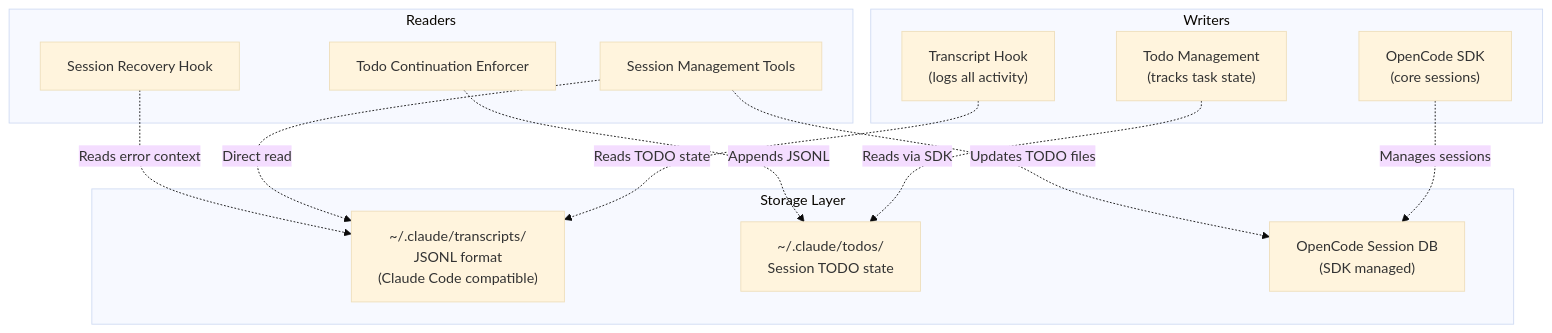
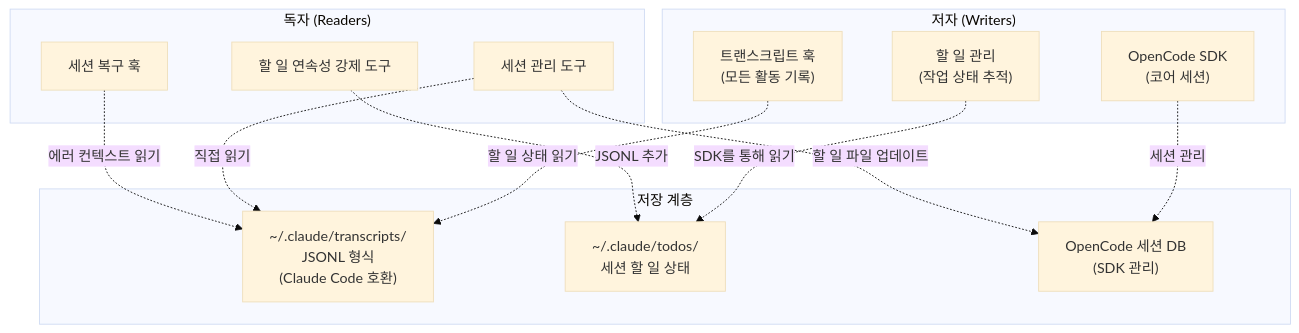
One commit to felipetruman/oh-my-opencode-docs changed the sixth of 8 diagrams in docs/tools/session-management-tools.md. Above: the diagram before and after it, drawn with Mermaid (base theme). The commit also changed other lines of this file and 76 other files, not shown here.

````diff
--- a/docs/tools/session-management-tools.md
+++ b/docs/tools/session-management-tools.md
@@ -555,39 +553,39 @@
 ```mermaid
 flowchart TD
 
-Transcripts["~/.claude/transcripts/<br>JSONL format<br>(Claude Code compatible)"]
-Todos["~/.claude/todos/<br>Session TODO state"]
-SessionDB["OpenCode Session DB<br>(SDK managed)"]
-TranscriptHook["Transcript Hook<br>(logs all activity)"]
-TodoHook["Todo Management<br>(tracks task state)"]
-OpenCodeSDK["OpenCode SDK<br>(core sessions)"]
-SessionTools["Session Management Tools"]
-TodoContinuation["Todo Continuation Enforcer"]
-SessionRecovery["Session Recovery Hook"]
+Transcripts["~/.claude/transcripts/<br>JSONL 형식<br>(Claude Code 호환)"]
+Todos["~/.claude/todos/<br>세션 할 일 상태"]
+SessionDB["OpenCode 세션 DB<br>(SDK 관리)"]
+TranscriptHook["트랜스크립트 훅<br>(모든 활동 기록)"]
+TodoHook["할 일 관리<br>(작업 상태 추적)"]
+OpenCodeSDK["OpenCode SDK<br>(코어 세션)"]
+SessionTools["세션 관리 도구"]
+TodoContinuation["할 일 연속성 강제 도구"]
+SessionRecovery["세션 복구 훅"]
 
-TranscriptHook -.->|"Reads TODO state"| Transcripts
-TodoHook -.->|"Reads via SDK"| Todos
-OpenCodeSDK -.->|"Manages sessions"| SessionDB
-SessionTools -.->|"Updates TODO files"| SessionDB
-SessionTools -.->|"Direct read"| Transcripts
-TodoContinuation -.->|"Appends JSONL"| Todos
-SessionRecovery -.->|"Reads error context"| Transcripts
+TranscriptHook -.->|"할 일 상태 읽기"| Transcripts
+TodoHook -.->|"SDK를 통해 읽기"| Todos
+OpenCodeSDK -.->|"세션 관리"| SessionDB
+SessionTools -.->|"할 일 파일 업데이트"| SessionDB
+SessionTools -.->|"직접 읽기"| Transcripts
+TodoContinuation -.->|"JSONL 추가"| Todos
+SessionRecovery -.->|"에러 컨텍스트 읽기"| Transcripts
 
-subgraph Readers ["Readers"]
+subgraph Readers ["독자 (Readers)"]
     SessionTools
     TodoContinuation
     SessionRecovery
 end
 
-subgraph Writers ["Writers"]
+subgraph Writers ["저자 (Writers)"]
     TranscriptHook
     TodoHook
     OpenCodeSDK
 end
 
-subgraph subGraph0 ["Storage Layer"]
+subgraph subGraph0 ["저장 계층"]
     Transcripts
     Todos
     SessionDB
 end
 ```
````
